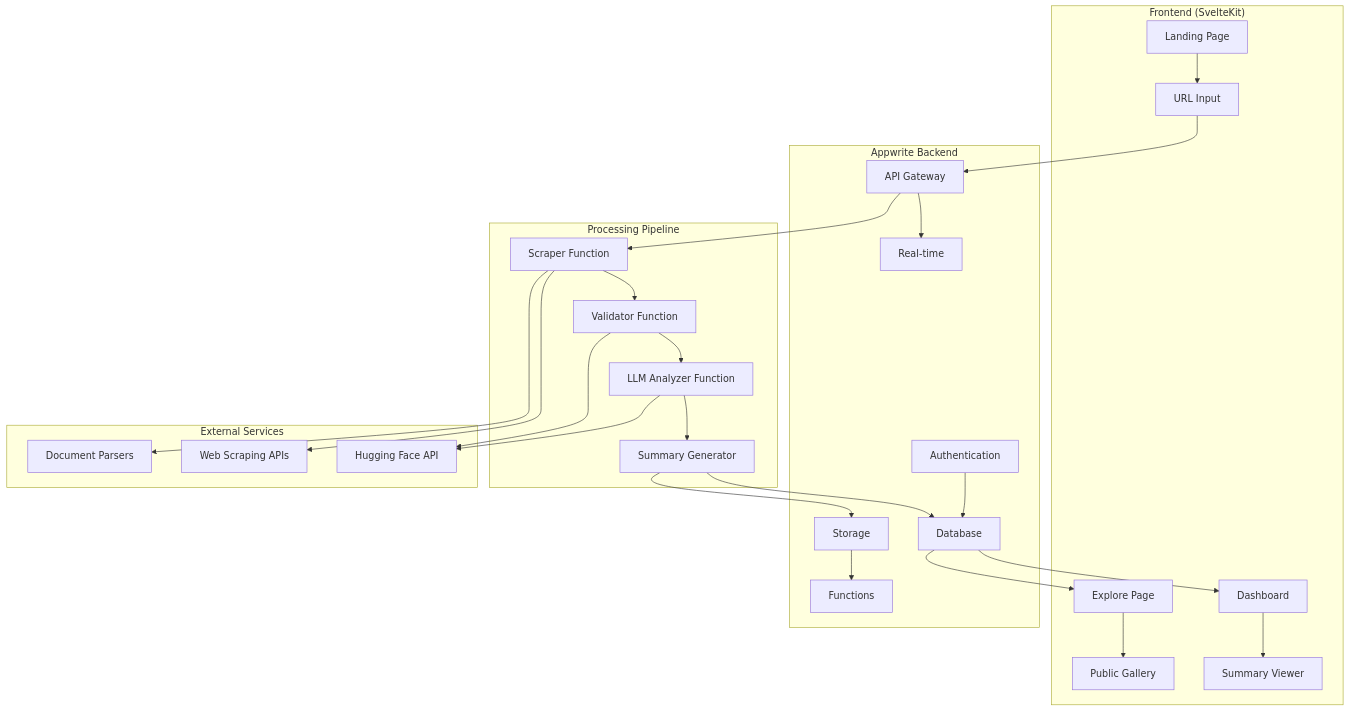
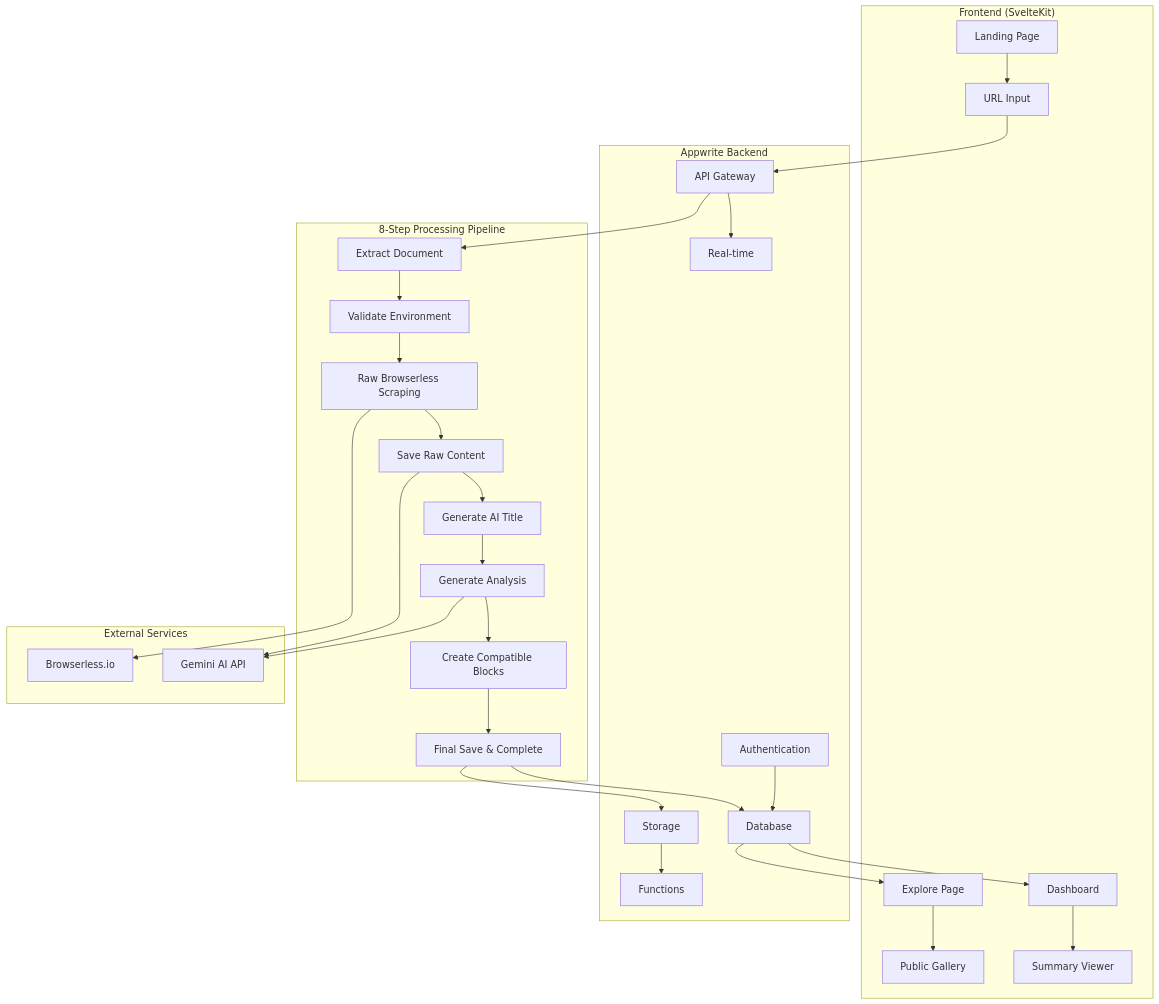
One commit to h1Anonymoush1/Docify changed the first of 4 diagrams in docs/ARCHITECTURE_PLAN.md. Above: the diagram before and after it, drawn with Mermaid. The commit also changed other lines of this file and 11 other files, not shown here.

````diff
--- a/docs/ARCHITECTURE_PLAN.md
+++ b/docs/ARCHITECTURE_PLAN.md
@@ -5,37 +5,39 @@
 ```mermaid
 graph TB
     subgraph "Frontend (SvelteKit)"
         A[Landing Page] --> B[URL Input]
         C[Dashboard] --> D[Summary Viewer]
         E[Explore Page] --> F[Public Gallery]
     end
     
     subgraph "Appwrite Backend"
         G[Authentication] --> H[Database]
         I[Storage] --> J[Functions]
         K[API Gateway] --> L[Real-time]
     end
     
-    subgraph "Processing Pipeline"
-        M[Scraper Function] --> N[Validator Function]
-        N --> O[LLM Analyzer Function]
-        O --> P[Summary Generator]
+    subgraph "8-Step Processing Pipeline"
+        M[Extract Document] --> N[Validate Environment]
+        N --> O[Raw Browserless Scraping]
+        O --> P[Save Raw Content]
+        P --> Q[Generate AI Title]
+        Q --> R[Generate Analysis]
+        R --> S[Create Compatible Blocks]
+        S --> T[Final Save & Complete]
     end
-    
+
     subgraph "External Services"
-        Q[Hugging Face API]
-        R[Web Scraping APIs]
-        S[Document Parsers]
+        U[Gemini AI API]
+        V[Browserless.io]
     end
-    
+
     B --> K
     K --> M
-    M --> R
-    M --> S
-    N --> Q
-    O --> Q
-    P --> H
-    P --> I
+    O --> V
+    P --> U
+    R --> U
+    T --> H
+    T --> I
     H --> C
     H --> E
 ```
````
